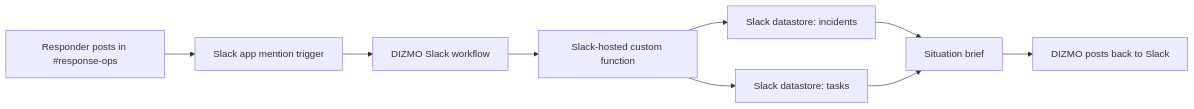
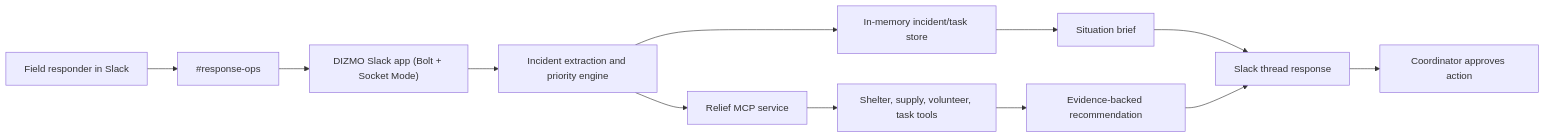
The diagram in README.md (Rex123-hash/DIZMO), drawn with Mermaid before and after one commit. The commit also changed other lines of this file, not shown here.

````diff
--- a/README.md
+++ b/README.md
@@ -48,11 +92,14 @@
 ```mermaid
 flowchart LR
-  A["Responder posts in #response-ops"] --> B["Slack app mention trigger"]
-  B --> C["DIZMO Slack workflow"]
-  C --> D["Slack-hosted custom function"]
-  D --> E["Slack datastore: incidents"]
-  D --> F["Slack datastore: tasks"]
-  E --> G["Situation brief"]
-  F --> G
-  G --> H["DIZMO posts back to Slack"]
+  A["Field responder in Slack"] --> B["#response-ops"]
+  B --> C["DIZMO Slack app (Bolt + Socket Mode)"]
+  C --> D["Incident extraction and priority engine"]
+  D --> E["In-memory incident/task store"]
+  D --> F["Relief MCP service"]
+  F --> G["Shelter, supply, volunteer, task tools"]
+  E --> H["Situation brief"]
+  G --> I["Evidence-backed recommendation"]
+  H --> J["Slack thread response"]
+  I --> J
+  J --> K["Coordinator approves action"]
 ```
````
